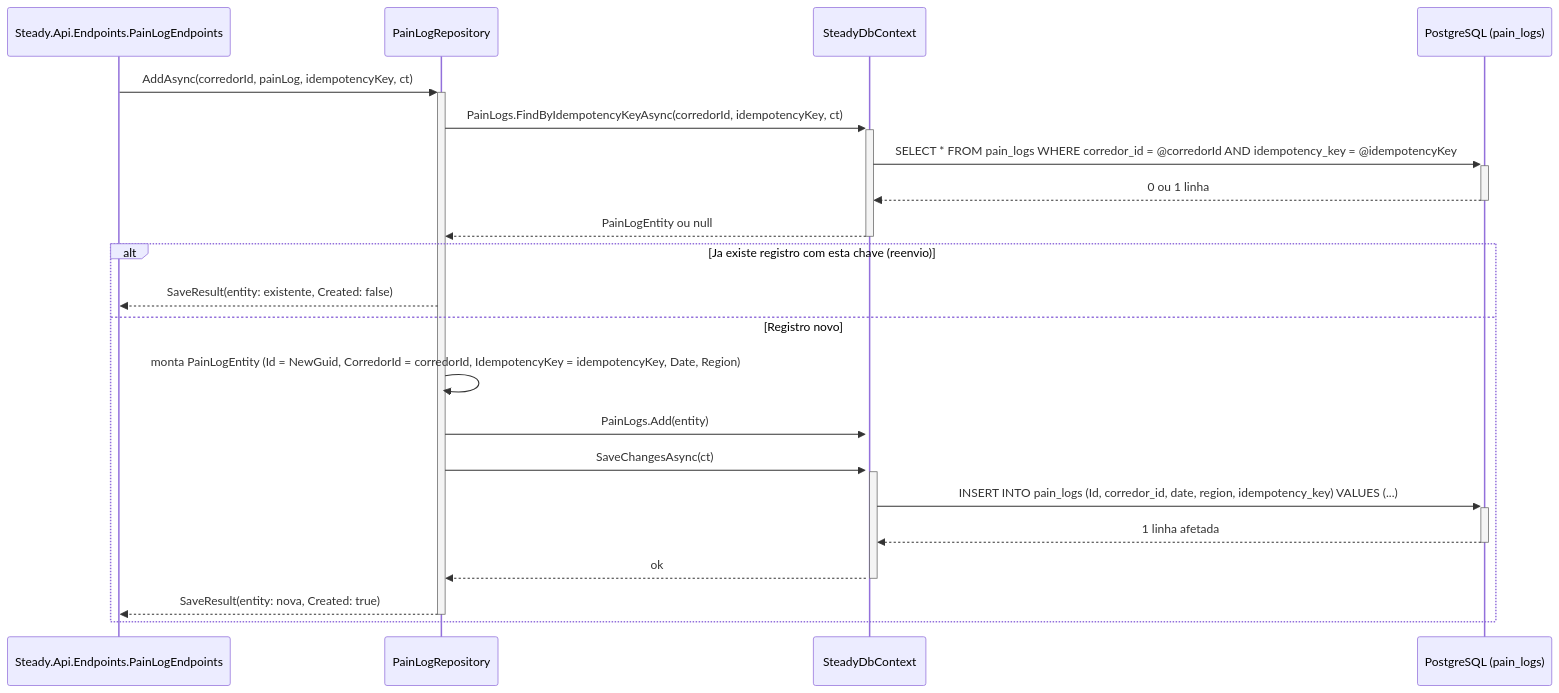
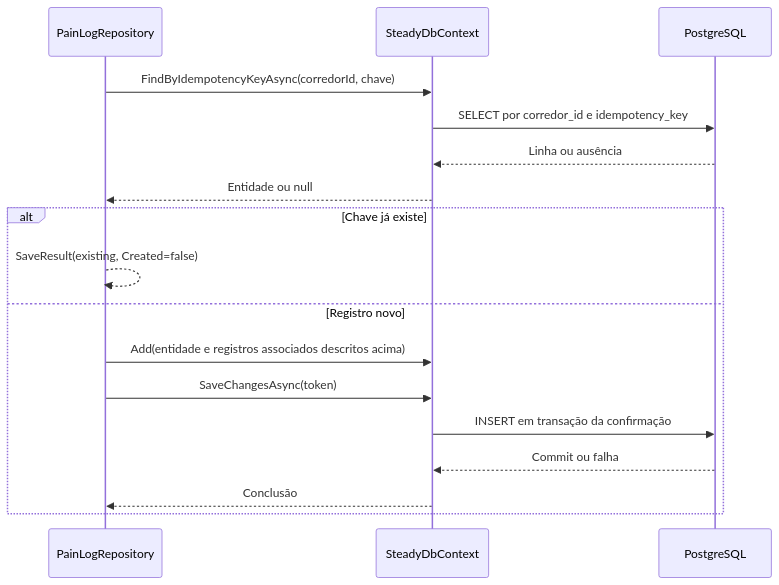
One commit to JoaoFPedro/steady-ia changed the diagram in DocumentAIReadme/Steady.Infrastructure/DevDocs/PainLogRepository-Persistencia-Treino-DevDocs.md. Above: the diagram before and after it, drawn with Mermaid. The commit also changed other lines of this file and 318 other files, not shown here.

````diff
--- a/DocumentAIReadme/Steady.Infrastructure/DevDocs/PainLogRepository-Persistencia-Treino-DevDocs.md
+++ b/DocumentAIReadme/Steady.Infrastructure/DevDocs/PainLogRepository-Persistencia-Treino-DevDocs.md
@@ -66,24 +37,19 @@
 ```mermaid
 sequenceDiagram
-    participant Endpoint as Steady.Api.Endpoints.PainLogEndpoints
-    participant Repository as PainLogRepository
-    participant Context as SteadyDbContext
-    participant Database as PostgreSQL (pain_logs)
-
-    Endpoint->>+Repository: AddAsync(corredorId, painLog, idempotencyKey, ct)
-    Repository->>+Context: PainLogs.FindByIdempotencyKeyAsync(corredorId, idempotencyKey, ct)
-    Context->>+Database: SELECT * FROM pain_logs WHERE corredor_id = @corredorId AND idempotency_key = @idempotencyKey
-    Database-->>-Context: 0 ou 1 linha
-    Context-->>-Repository: PainLogEntity ou null
-    alt Ja existe registro com esta chave (reenvio)
-        Repository-->>Endpoint: SaveResult(entity: existente, Created: false)
+    participant R as PainLogRepository
+    participant CTX as SteadyDbContext
+    participant DB as PostgreSQL
+    R->>CTX: FindByIdempotencyKeyAsync(corredorId, chave)
+    CTX->>DB: SELECT por corredor_id e idempotency_key
+    DB-->>CTX: Linha ou ausência
+    CTX-->>R: Entidade ou null
+    alt Chave já existe
+        R-->>R: SaveResult(existing, Created=false)
     else Registro novo
-        Repository->>Repository: monta PainLogEntity (Id = NewGuid, CorredorId = corredorId, IdempotencyKey = idempotencyKey, Date, Region)
-        Repository->>+Context: PainLogs.Add(entity)
-        Repository->>+Context: SaveChangesAsync(ct)
-        Context->>+Database: INSERT INTO pain_logs (Id, corredor_id, date, region, idempotency_key) VALUES (...)
-        Database-->>-Context: 1 linha afetada
-        Context-->>-Repository: ok
-        Repository-->>-Endpoint: SaveResult(entity: nova, Created: true)
+        R->>CTX: Add(entidade e registros associados descritos acima)
+        R->>CTX: SaveChangesAsync(token)
+        CTX->>DB: INSERT em transação da confirmação
+        DB-->>CTX: Commit ou falha
+        CTX-->>R: Conclusão
     end
 ```
````
